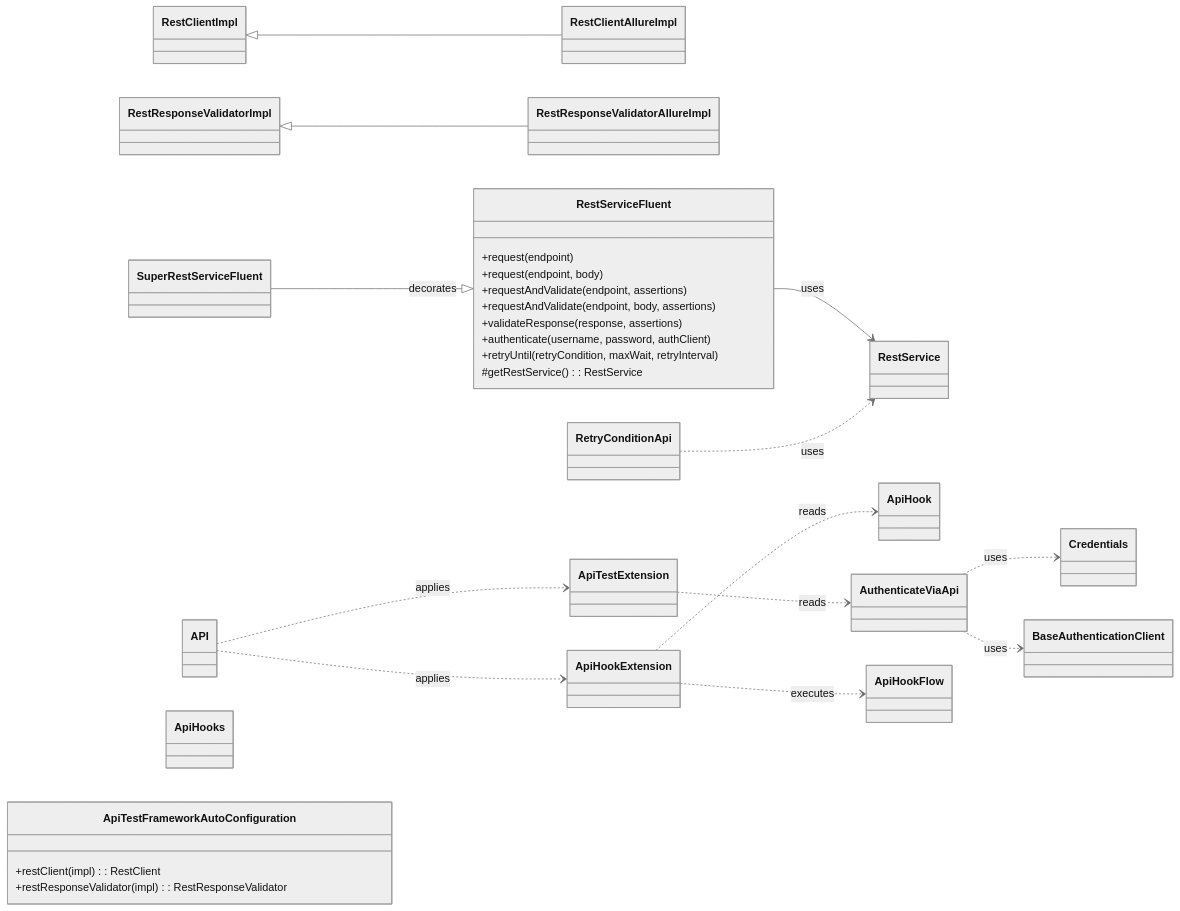
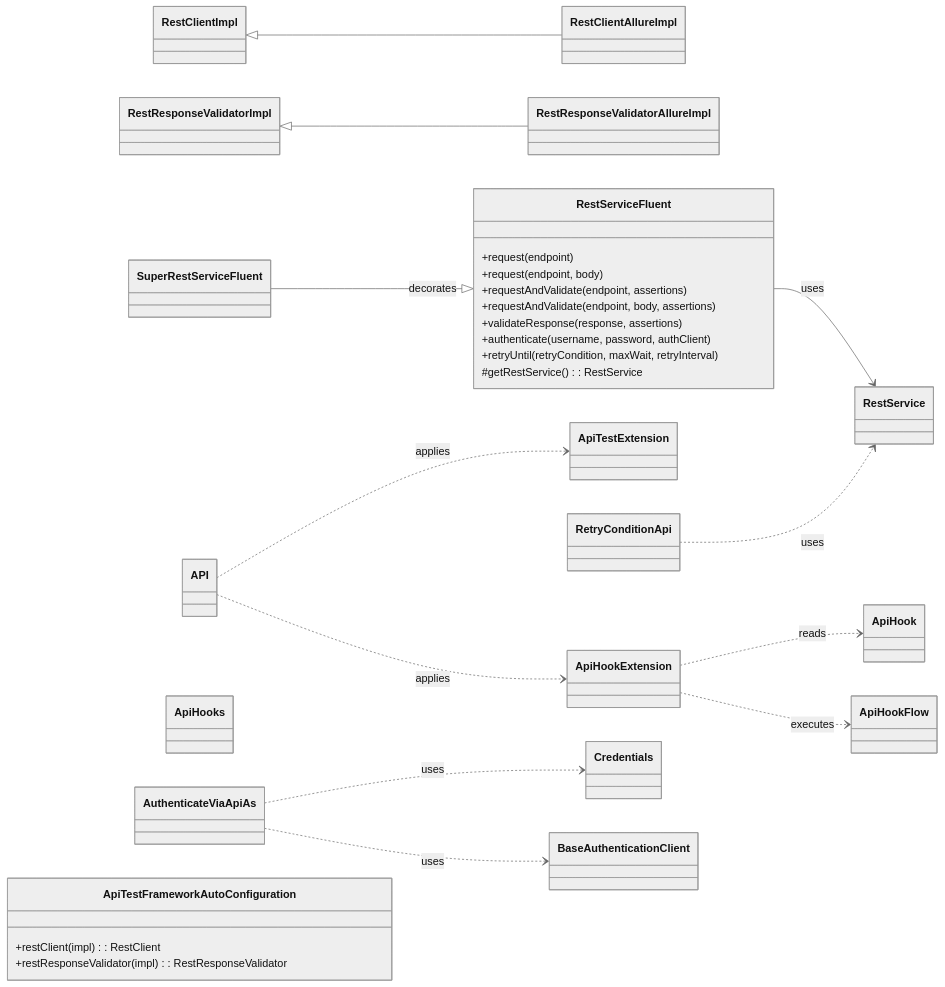
Before and after one commit to CyborgCodeSyndicate/roa-libraries: the first of 2 diagrams in api-interactor-test-framework-adapter/README.md, drawn with Mermaid (neutral theme). The commit also changed other lines of this file and 253 other files, not shown here.

````diff
--- a/api-interactor-test-framework-adapter/README.md
+++ b/api-interactor-test-framework-adapter/README.md
@@ -272,50 +72,45 @@
 ```mermaid
 classDiagram
     direction LR
+
     RestClientImpl <|-- RestClientAllureImpl
     RestResponseValidatorImpl <|-- RestResponseValidatorAllureImpl
 
     class RestServiceFluent {
         +request(endpoint)
         +request(endpoint, body)
         +requestAndValidate(endpoint, assertions)
         +requestAndValidate(endpoint, body, assertions)
         +validateResponse(response, assertions)
         +authenticate(username, password, authClient)
         +retryUntil(retryCondition, maxWait, retryInterval)
-        #getRestService(): RestService
+        #getRestService() : RestService
     }
-    class SuperRestServiceFluent
-    class RestService
-
-    RestServiceFluent --> RestService: uses
-    SuperRestServiceFluent --|> RestServiceFluent: decorates
+    RestServiceFluent --> RestService : uses
+    SuperRestServiceFluent --|> RestServiceFluent : decorates
 
     class API
     class ApiHook
     class ApiHooks
-    class AuthenticateViaApi
-    class Credentials
-    class BaseAuthenticationClient
-
-    API ..> ApiTestExtension: applies
-    API ..> ApiHookExtension: applies
+    class AuthenticateViaApiAs
+    API ..> ApiTestExtension : applies
+    API ..> ApiHookExtension : applies
 
     class ApiHookExtension
     class ApiTestExtension
     class ApiHookFlow
-
-    ApiHookExtension ..> ApiHook: reads
-    ApiHookExtension ..> ApiHookFlow: executes
-    ApiTestExtension ..> AuthenticateViaApi: reads
-    AuthenticateViaApi ..> Credentials: uses
-    AuthenticateViaApi ..> BaseAuthenticationClient: uses
+    ApiHookExtension ..> ApiHook : reads
+    ApiHookExtension ..> ApiHookFlow : executes
 
     class RetryConditionApi
-    RetryConditionApi ..> RestService: uses
+    RetryConditionApi ..> RestService : uses
 
     class ApiTestFrameworkAutoConfiguration {
         +restClient(impl): RestClient
         +restResponseValidator(impl): RestResponseValidator
     }
+
+    AuthenticateViaApiAs ..> Credentials : uses
+    AuthenticateViaApiAs ..> BaseAuthenticationClient : uses
+
 ```
````
